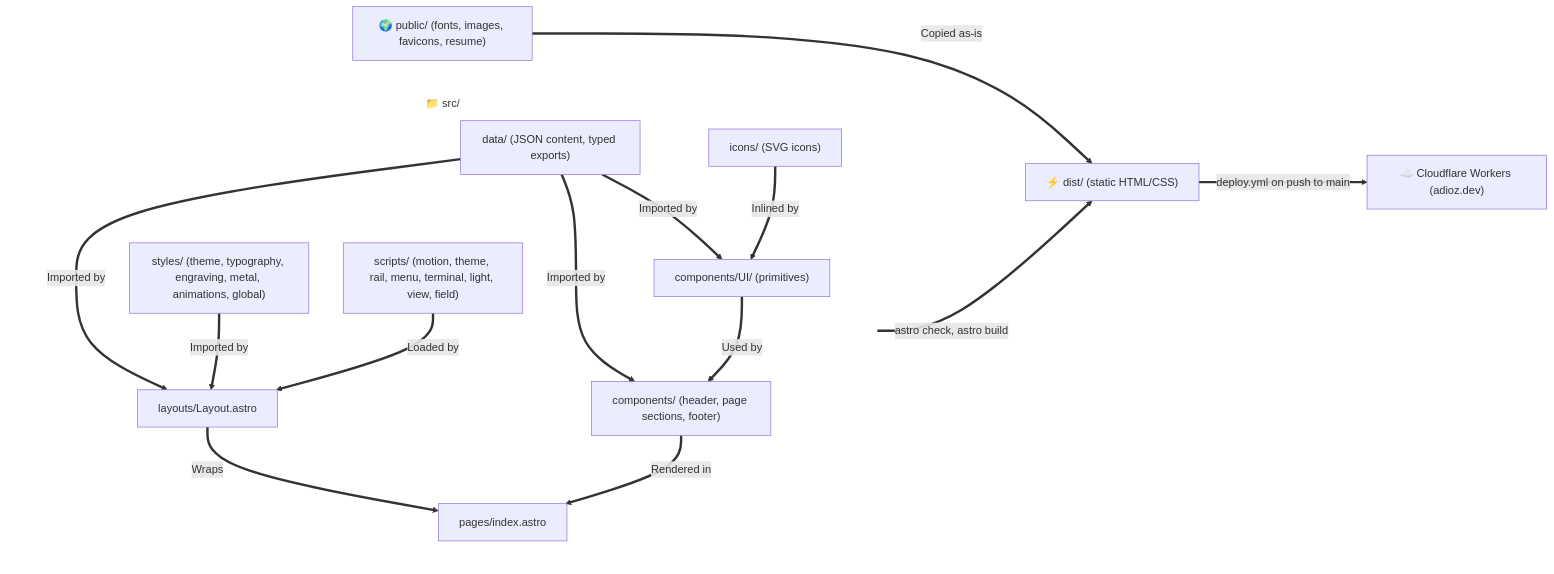
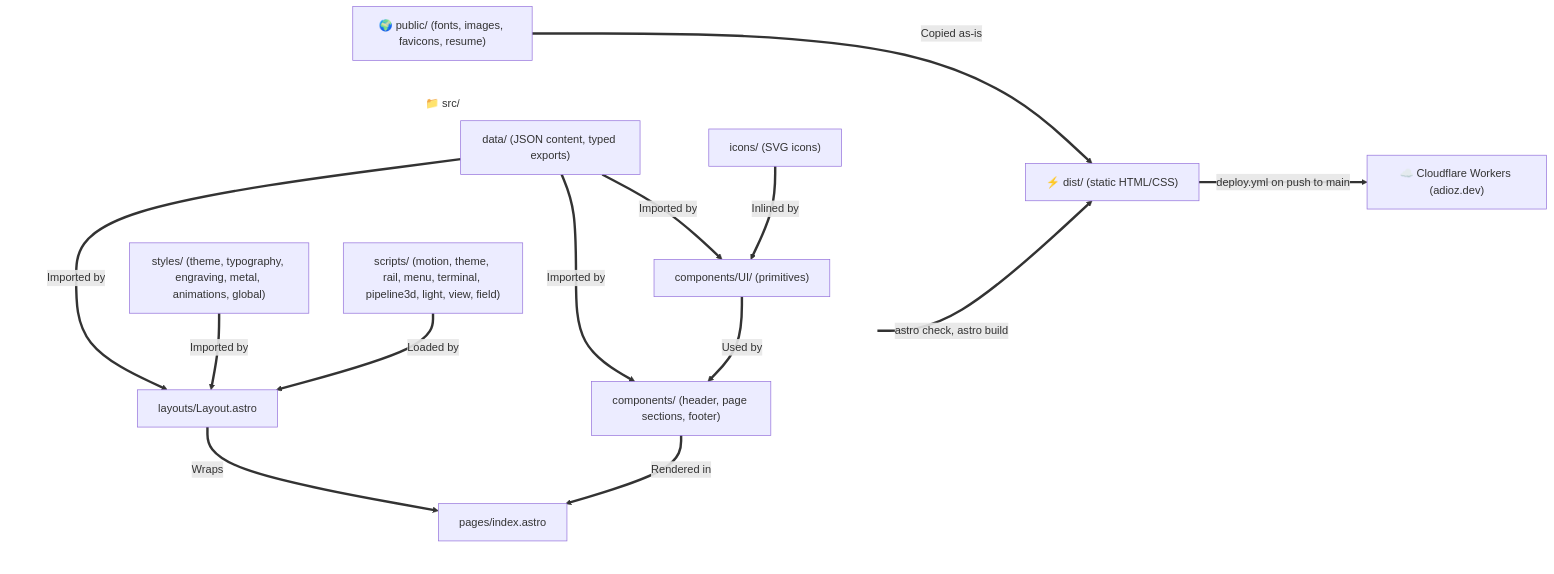
Before and after one commit to adiozeshitemi/adioz-profile: the diagram in docs/architecture.md, drawn with Mermaid. The commit also changed other lines of this file and 17 other files, not shown here.

````diff
--- a/docs/architecture.md
+++ b/docs/architecture.md
@@ -9,33 +9,33 @@
 ```mermaid
 flowchart LR
     %% Define invisible styling for subgraphs to remove backgrounds and borders
     classDef transparent fill:none,stroke:none;
 
     subgraph Src ["📁 src/"]
         direction TB
         Data["data/ (JSON content, typed exports)"]
         Styles["styles/ (theme, typography, engraving, metal, animations, global)"]
-        Scripts["scripts/ (motion, theme, rail, menu, terminal, light, view, field)"]
+        Scripts["scripts/ (motion, theme, rail, menu, terminal, pipeline3d, light, view, field)"]
         Icons["icons/ (SVG icons)"]
         UI["components/UI/ (primitives)"]
         Sections["components/ (header, page sections, footer)"]
         Layout["layouts/Layout.astro"]
         Page["pages/index.astro"]
     end
 
     Icons ==>|Inlined by| UI
     Data ==>|Imported by| UI
     Data ==>|Imported by| Sections
     UI ==>|Used by| Sections
     Data ==>|Imported by| Layout
     Styles ==>|Imported by| Layout
     Scripts ==>|Loaded by| Layout
     Sections ==>|Rendered in| Page
     Layout ==>|Wraps| Page
     Page ==>|astro check, astro build| Dist["⚡ dist/ (static HTML/CSS)"]
     Public["🌍 public/ (fonts, images, favicons, resume)"] ==>|Copied as-is| Dist
     Dist ==>|deploy.yml on push to main| Workers["☁️ Cloudflare Workers (adioz.dev)"]
 
     %% Apply transparent class to subgraphs
     class Src transparent;
 ```
````
